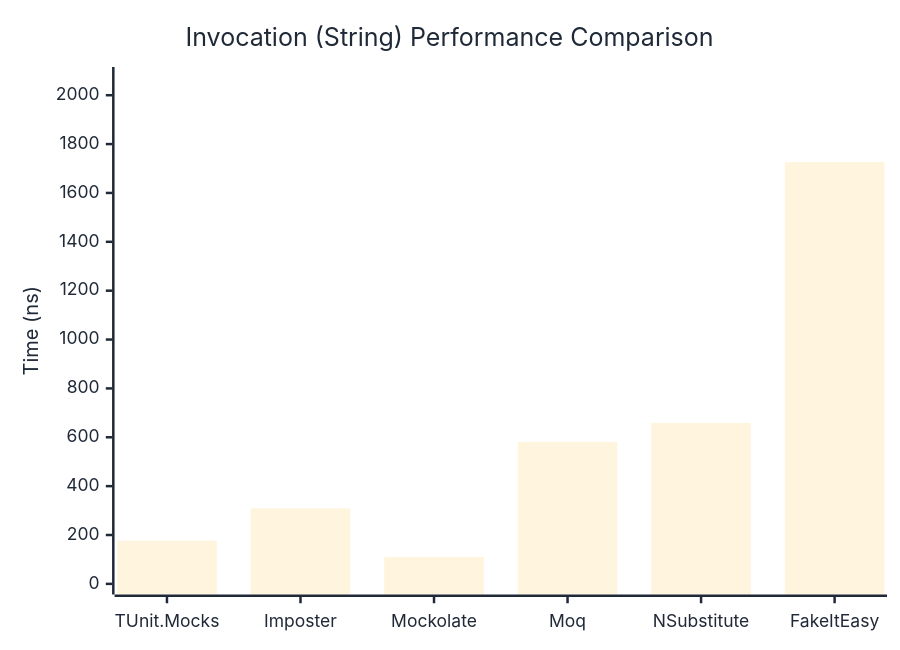
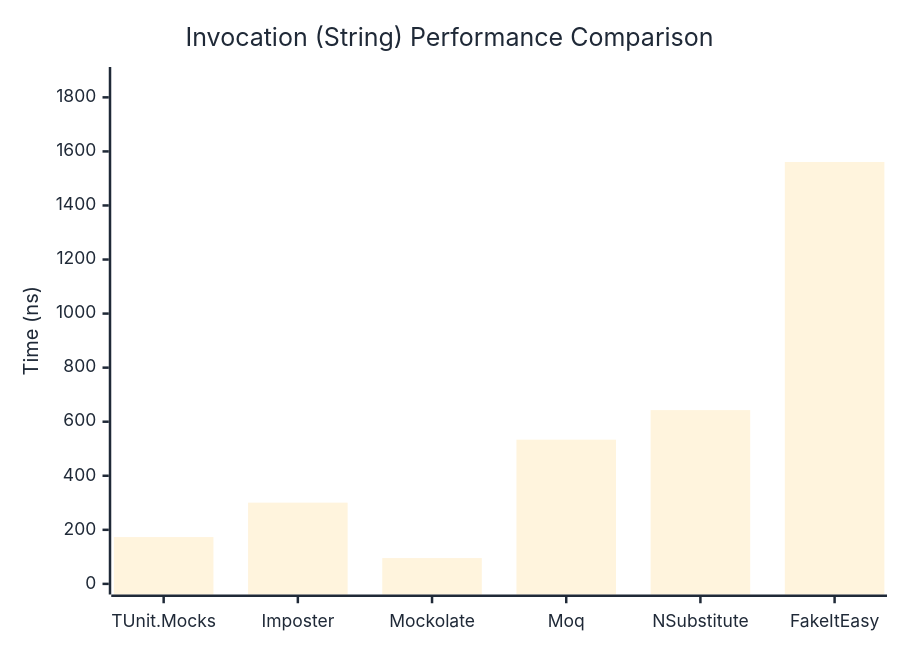
Before and after one commit to thomhurst/TUnit: the second of 3 diagrams in docs/docs/benchmarks/mocks/Invocation.md, drawn with Mermaid. The commit also changed other lines of this file and 14 other files, not shown here.

````diff
--- a/docs/docs/benchmarks/mocks/Invocation.md
+++ b/docs/docs/benchmarks/mocks/Invocation.md
@@ -71,27 +71,27 @@
 ```mermaid
 %%{init: {
   'theme':'base',
   'themeVariables': {
     'primaryColor': '#2563eb',
     'primaryTextColor': '#1f2937',
     'primaryBorderColor': '#1e40af',
     'lineColor': '#6b7280',
     'secondaryColor': '#7c3aed',
     'tertiaryColor': '#dc2626',
     'background': '#ffffff',
     'pie1': '#2563eb',
     'pie2': '#7c3aed',
     'pie3': '#dc2626',
     'pie4': '#f59e0b',
     'pie5': '#10b981',
     'pie6': '#06b6d4',
     'pie7': '#ec4899',
     'pie8': '#6366f1'
   }
 }}%%
 xychart-beta
   title "Invocation (String) Performance Comparison"
   x-axis ["TUnit.Mocks", "Imposter", "Mockolate", "Moq", "NSubstitute", "FakeItEasy"]
-  y-axis "Time (ns)" 0 --> 2072
-  bar [177.2, 309.1, 110.2, 581.4, 659, 1726.3]
+  y-axis "Time (ns)" 0 --> 1873
+  bar [173.15, 300.49, 95.41, 533.48, 642.95, 1560.8]
 ```
````
